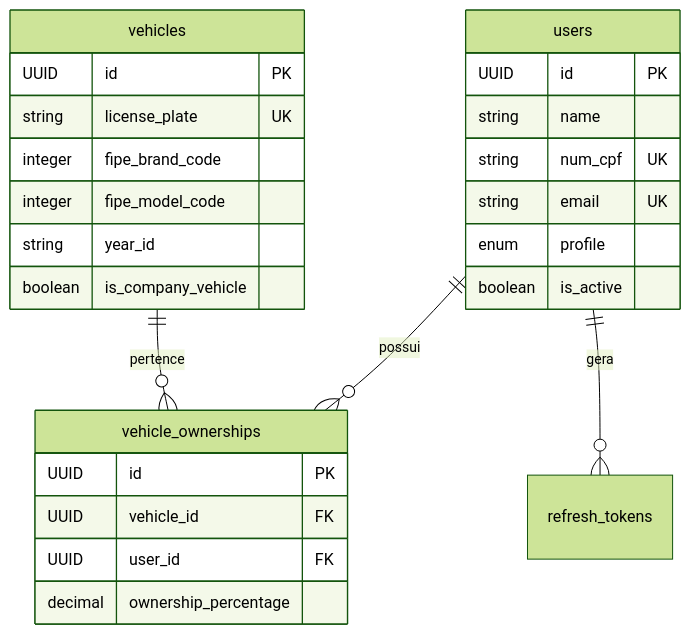
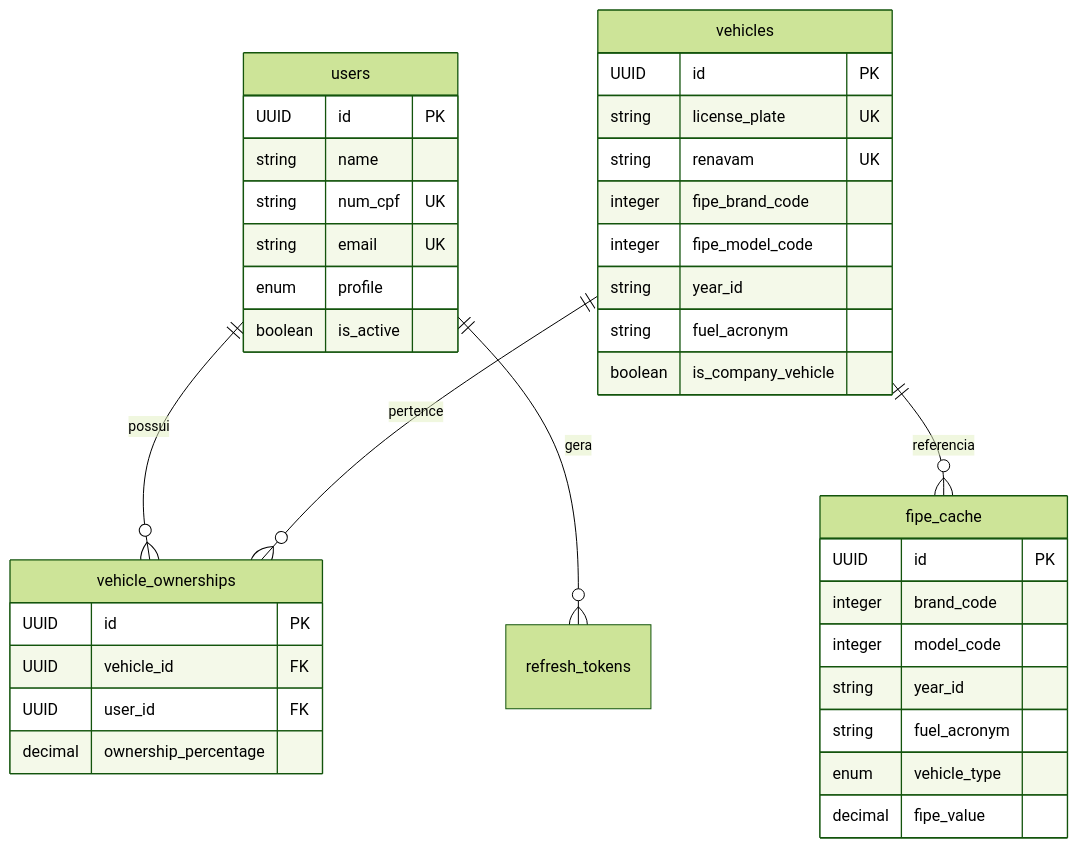
The diagram in README.md (marcelorbueno/api-fipe), drawn with Mermaid (forest theme) before and after one commit. The commit also changed other lines of this file, not shown here.

````diff
--- a/README.md
+++ b/README.md
@@ -288,31 +328,44 @@
 ```mermaid
 erDiagram
     users ||--o{ vehicle_ownerships : "possui"
     vehicles ||--o{ vehicle_ownerships : "pertence"
     users ||--o{ refresh_tokens : "gera"
+    vehicles ||--o{ fipe_cache : "referencia"
     
     users {
         UUID id PK
         string name
         string num_cpf UK
         string email UK
         enum profile
         boolean is_active
     }
     
     vehicles {
         UUID id PK
         string license_plate UK
+        string renavam UK
         integer fipe_brand_code
         integer fipe_model_code
         string year_id
+        string fuel_acronym
         boolean is_company_vehicle
     }
     
     vehicle_ownerships {
         UUID id PK
         UUID vehicle_id FK
         UUID user_id FK
         decimal ownership_percentage
     }
+    
+    fipe_cache {
+        UUID id PK
+        integer brand_code
+        integer model_code
+        string year_id
+        string fuel_acronym
+        enum vehicle_type
+        decimal fipe_value
+    }
 ```
````
